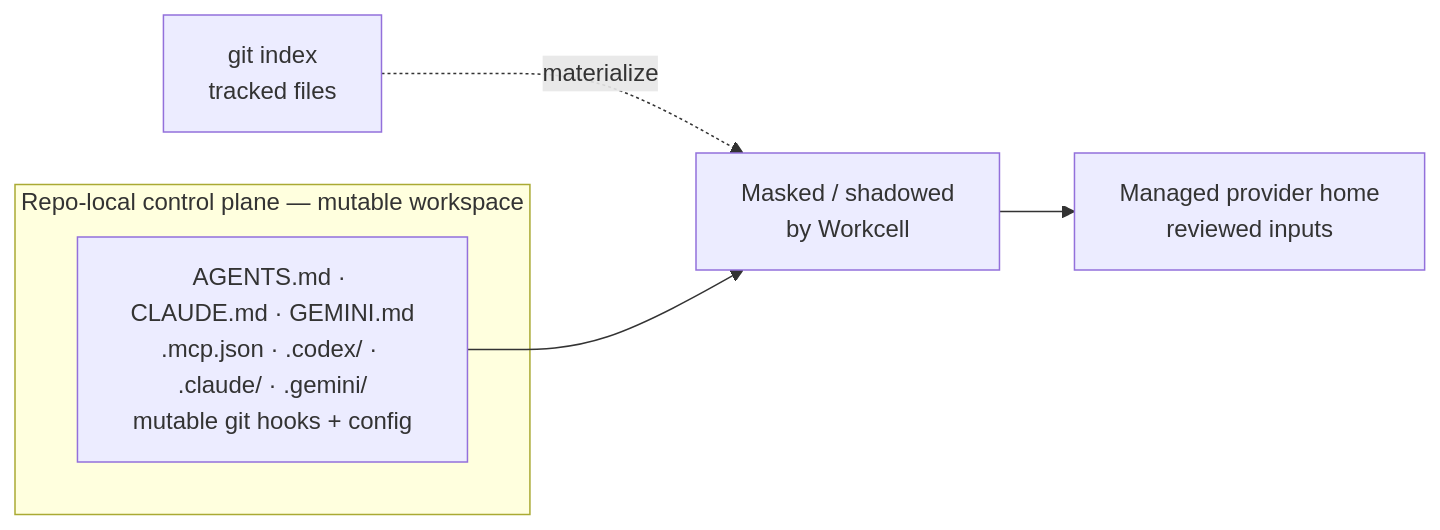
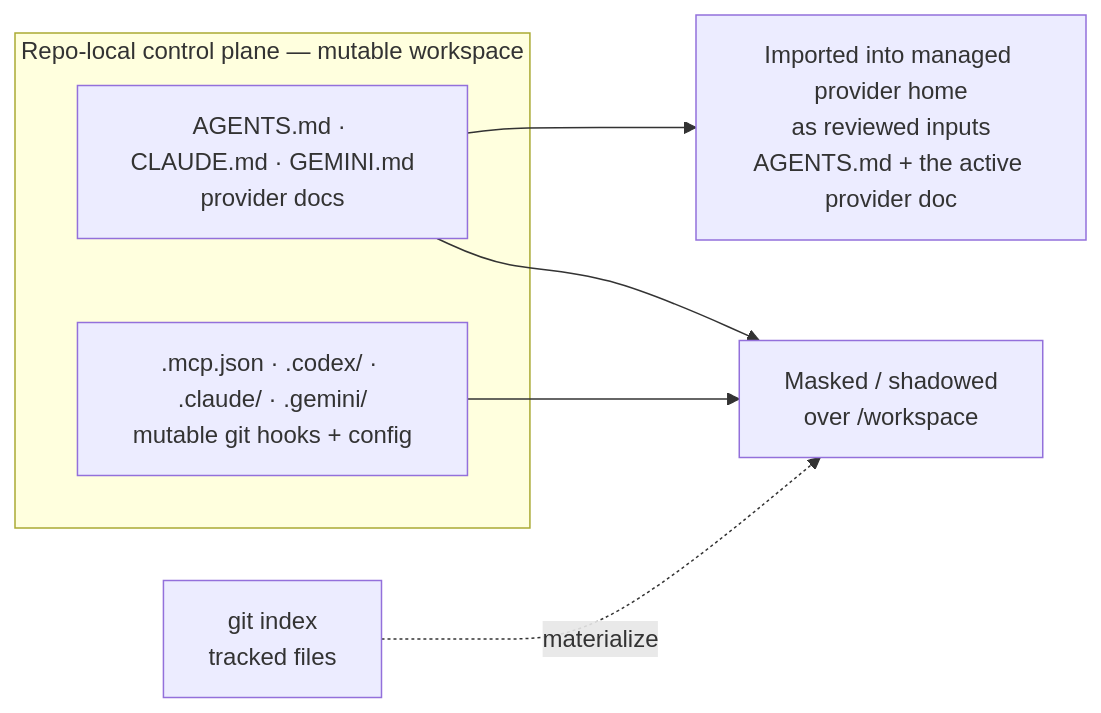
Before and after one commit to omkhar/workcell: the second of 3 diagrams in docs/workcell-system-design.md, drawn with Mermaid. The commit also changed other lines of this file, not shown here.

Commit message:
^d Split the control-plane diagram into masking and docs-only import (E2) (all repo-local control-plane paths are masked/shadowed over /workspace, but only AGENTS.md plus the active provider doc are imported into the managed provider home; the previous single edge overstated reseeding; corrected the §4 text to match; renders verified; review fix)

````diff
--- a/docs/workcell-system-design.md
+++ b/docs/workcell-system-design.md
@@ -180,9 +183,11 @@
 ```mermaid
 flowchart LR
     subgraph repo["Repo-local control plane — mutable workspace"]
-        files["AGENTS.md · CLAUDE.md · GEMINI.md<br/>.mcp.json · .codex/ · .claude/ · .gemini/<br/>mutable git hooks + config"]
+        docs["AGENTS.md · CLAUDE.md · GEMINI.md<br/>provider docs"]
+        other[".mcp.json · .codex/ · .claude/ · .gemini/<br/>mutable git hooks + config"]
     end
     idx["git index<br/>tracked files"] -. materialize .-> mask
-    files --> mask["Masked / shadowed<br/>by Workcell"]
-    mask --> home["Managed provider home<br/>reviewed inputs"]
+    docs --> mask["Masked / shadowed<br/>over /workspace"]
+    other --> mask
+    docs --> home["Imported into managed provider home<br/>as reviewed inputs<br/>AGENTS.md + the active provider doc"]
 ```
````
